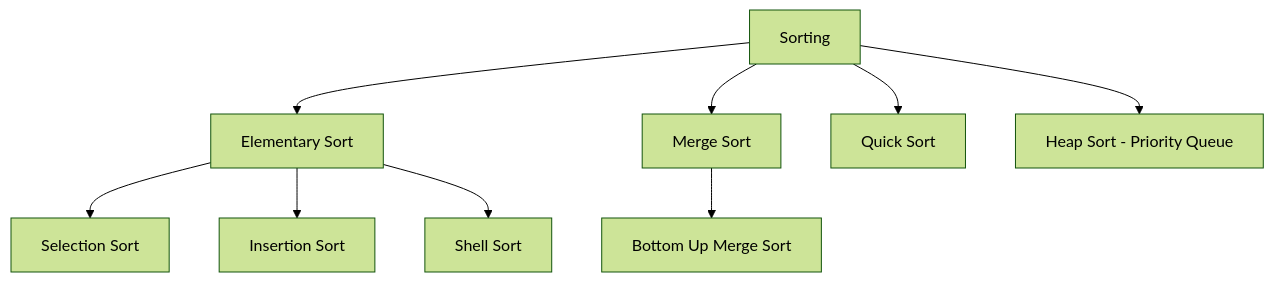
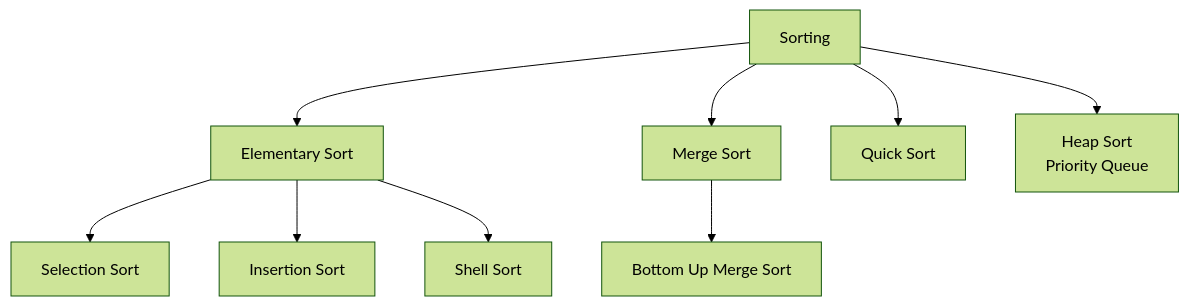
Before and after one commit to tmtxt/tmtxt.github.com: the diagram in dsa.md, drawn with Mermaid (forest theme). The commit also changed other lines of this file and 1 other file, not shown here.

```diff
--- a/dsa.md
+++ b/dsa.md
@@ -13,11 +15,11 @@
 <div class="mermaid">
 graph TD
     Sorting --> ElementarySort[Elementary Sort]
     Sorting --> MergeSort[Merge Sort]
     Sorting --> QuickSort[Quick Sort]
-    Sorting --> HeapSort[Heap Sort - Priority Queue]
+    Sorting --> HeapSort["Heap Sort<br/>Priority Queue"]
     ElementarySort --> SelectionSort[Selection Sort]
     ElementarySort --> InsertionSort[Insertion Sort]
     ElementarySort --> ShellSort[Shell Sort]
 		MergeSort --> BottomUpMergeSort[Bottom Up Merge Sort]
 </div>
```
